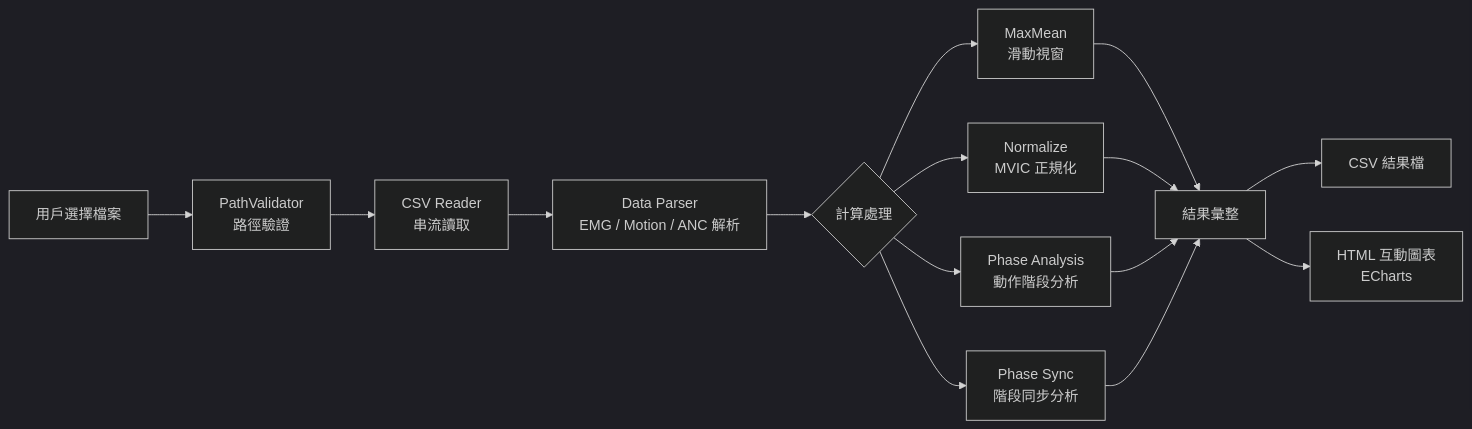
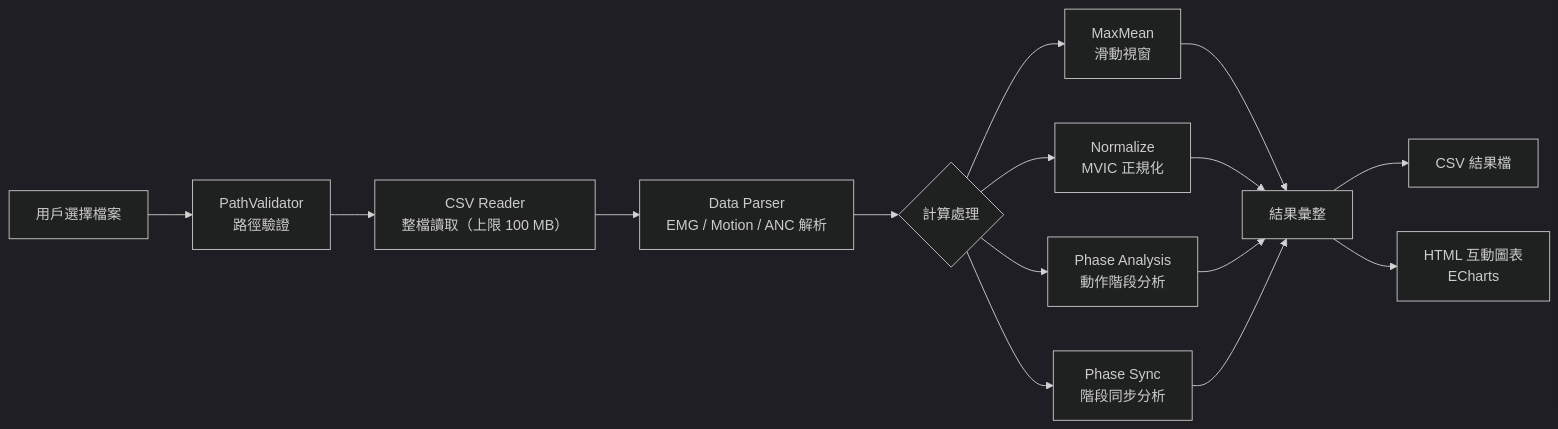
One commit to littlebluewhite/count_mean changed the second of 3 diagrams in README.md. Above: the diagram before and after it, drawn with Mermaid (dark theme). The commit also changed other lines of this file and 6 other files, not shown here.

````diff
--- a/README.md
+++ b/README.md
@@ -64,20 +64,20 @@
 ```mermaid
 flowchart LR
     A[用戶選擇檔案] --> B[PathValidator<br/>路徑驗證]
-    B --> C[CSV Reader<br/>串流讀取]
+    B --> C[CSV Reader<br/>整檔讀取（上限 100 MB）]
     C --> D[Data Parser<br/>EMG / Motion / ANC 解析]
     D --> E{計算處理}
 
     E --> E1[MaxMean<br/>滑動視窗]
     E --> E2[Normalize<br/>MVIC 正規化]
     E --> E3[Phase Analysis<br/>動作階段分析]
     E --> E4[Phase Sync<br/>階段同步分析]
 
     E1 --> F[結果彙整]
     E2 --> F
     E3 --> F
     E4 --> F
 
     F --> G1[CSV 結果檔]
     F --> G2[HTML 互動圖表<br/>ECharts]
 ```
````
